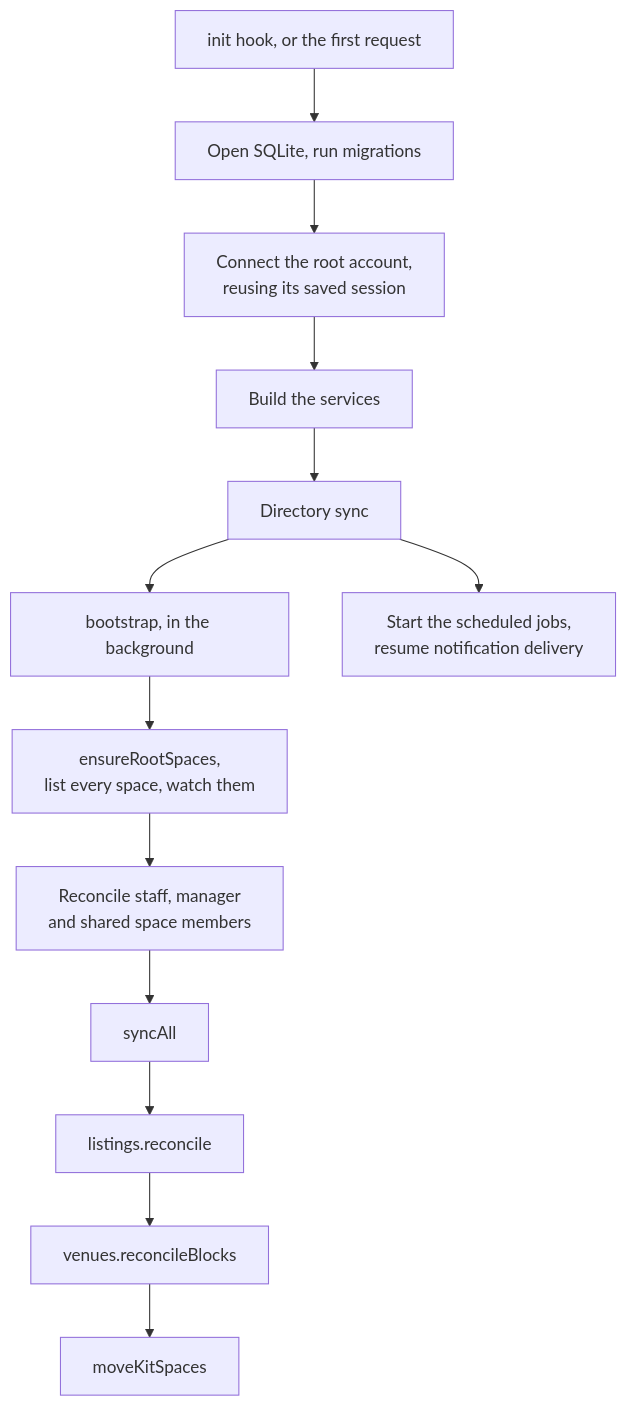
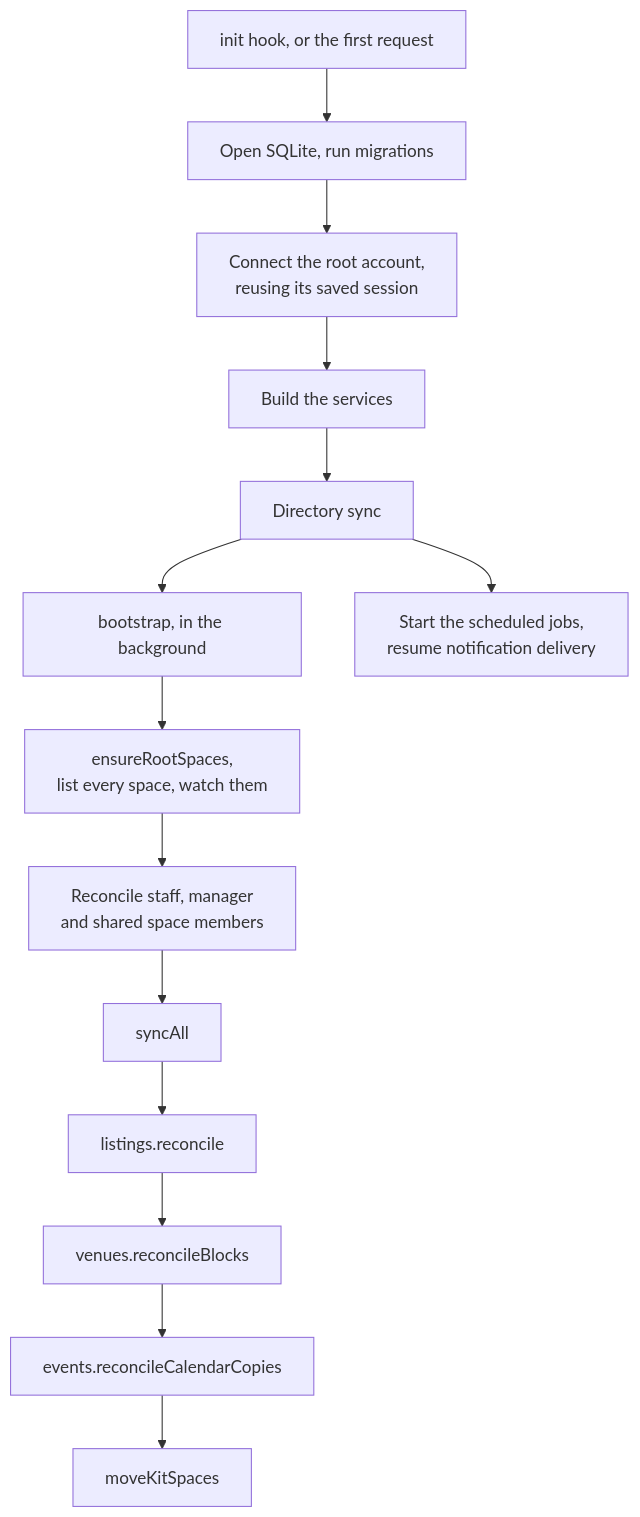
The first of 7 diagrams in apps/web/docs/diagrams/jobs-and-directory.md (cutenode/localnetwork), drawn with Mermaid before and after one commit. The commit also changed other lines of this file and 38 other files, not shown here.

````diff
--- a/apps/web/docs/diagrams/jobs-and-directory.md
+++ b/apps/web/docs/diagrams/jobs-and-directory.md
@@ -17,15 +17,16 @@
 ```mermaid
 flowchart TD
   Init["init hook, or the first request"] --> Db["Open SQLite, run migrations"]
   Db --> Root["Connect the root account,<br/>reusing its saved session"]
   Root --> Wire["Build the services"]
   Wire --> Dir["Directory sync"]
   Dir --> Boot["bootstrap, in the background"]
   Dir --> Timers["Start the scheduled jobs,<br/>resume notification delivery"]
   Boot --> Spaces["ensureRootSpaces,<br/>list every space, watch them"]
   Spaces --> Members["Reconcile staff, manager<br/>and shared space members"]
   Members --> Sync["syncAll"]
   Sync --> Listings["listings.reconcile"]
   Listings --> Blocks["venues.reconcileBlocks"]
-  Blocks --> Moves["moveKitSpaces"]
+  Blocks --> Copies["events.reconcileCalendarCopies"]
+  Copies --> Moves["moveKitSpaces"]
 ```
````
